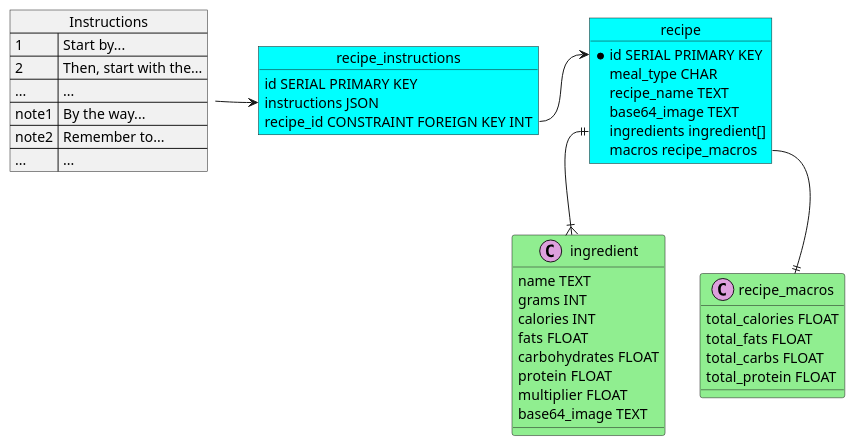
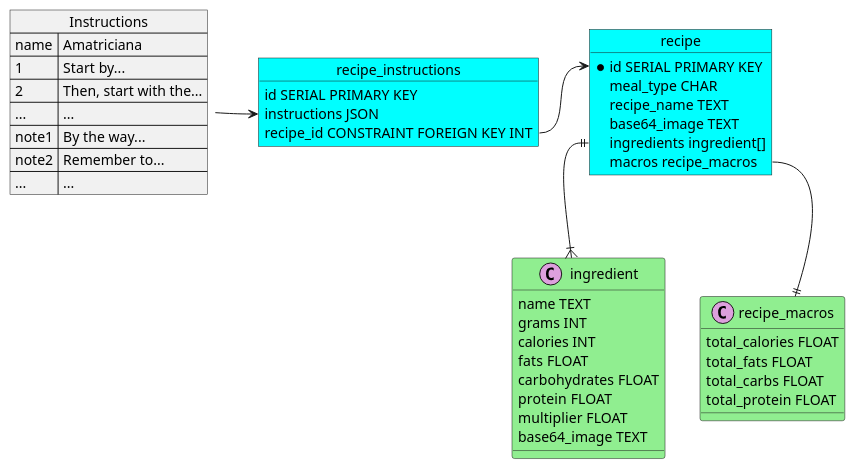
Before and after one commit to LegendsAndreas/kitchen-app: the first of 4 diagrams in DatabaseDiagram.puml, drawn with PlantUML. The commit also changed 24 other files, not shown here.

```diff
--- a/DatabaseDiagram.puml
+++ b/DatabaseDiagram.puml
@@ -1,63 +1,64 @@
 @startuml
 'DB Diagram
 skinparam class{
     BackgroundColor LightGreen
 }
 
 skinparam object{
     BackgroundColor Cyan
 }
 
 skinparam json{
     BackgroundColor Orange
 }
 
 object recipe {
     * id SERIAL PRIMARY KEY
     meal_type CHAR
     recipe_name TEXT
     base64_image TEXT
     ingredients ingredient[]
     macros recipe_macros
 }
 
 class ingredient <<(C,plum)>>{
     name TEXT
     grams INT
     calories INT
     fats FLOAT
     carbohydrates FLOAT
     protein FLOAT
     multiplier FLOAT
     base64_image TEXT
 }
 
 class recipe_macros <<(C,plum)>>{
     total_calories FLOAT
     total_fats FLOAT
     total_carbs FLOAT
     total_protein FLOAT
 }
 
 recipe::ingredient ||--|{ ingredient
 recipe::macros --|| recipe_macros
 
 object recipe_instructions{
     id SERIAL PRIMARY KEY
     instructions JSON
     recipe_id CONSTRAINT FOREIGN KEY INT
 }
 
 json Instructions{
+    "name":"Amatriciana",
     "1":"Start by...",
     "2":"Then, start with the...",
     "...":"...",
     "note1":"By the way...",
     "note2":"Remember to...",
     "...":"..."
 }
 
 recipe_instructions::recipe_id -> recipe::id
 Instructions -> recipe_instructions::instructions
 
 @enduml
```
